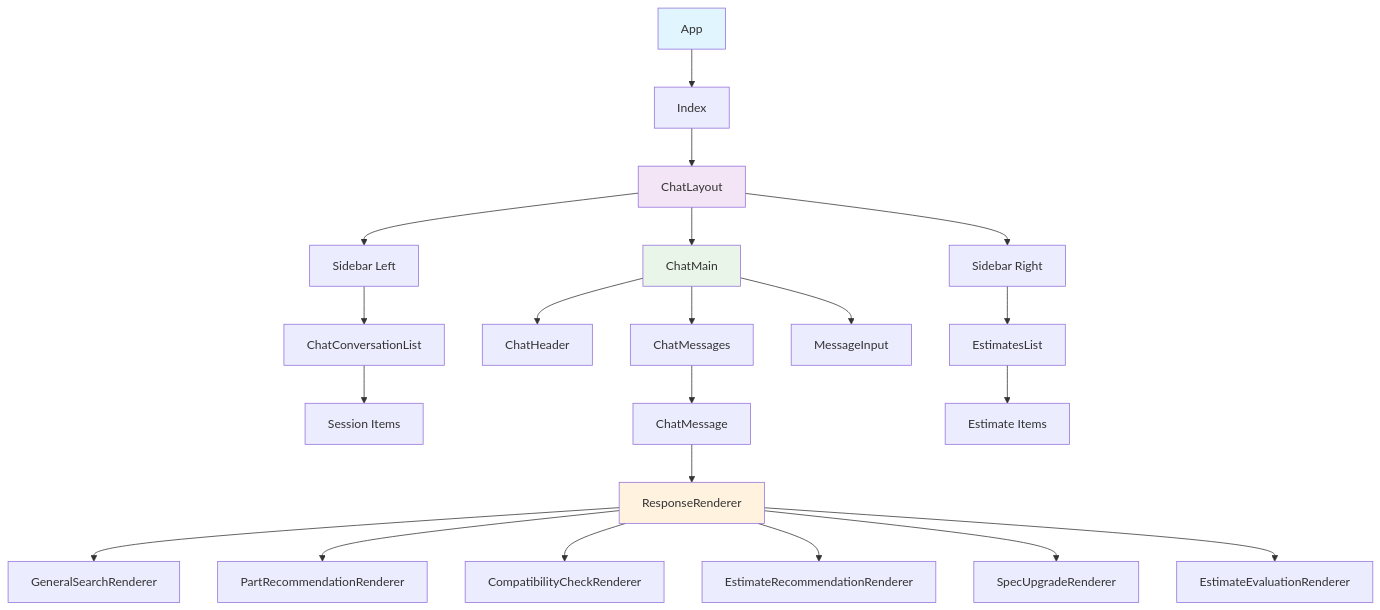
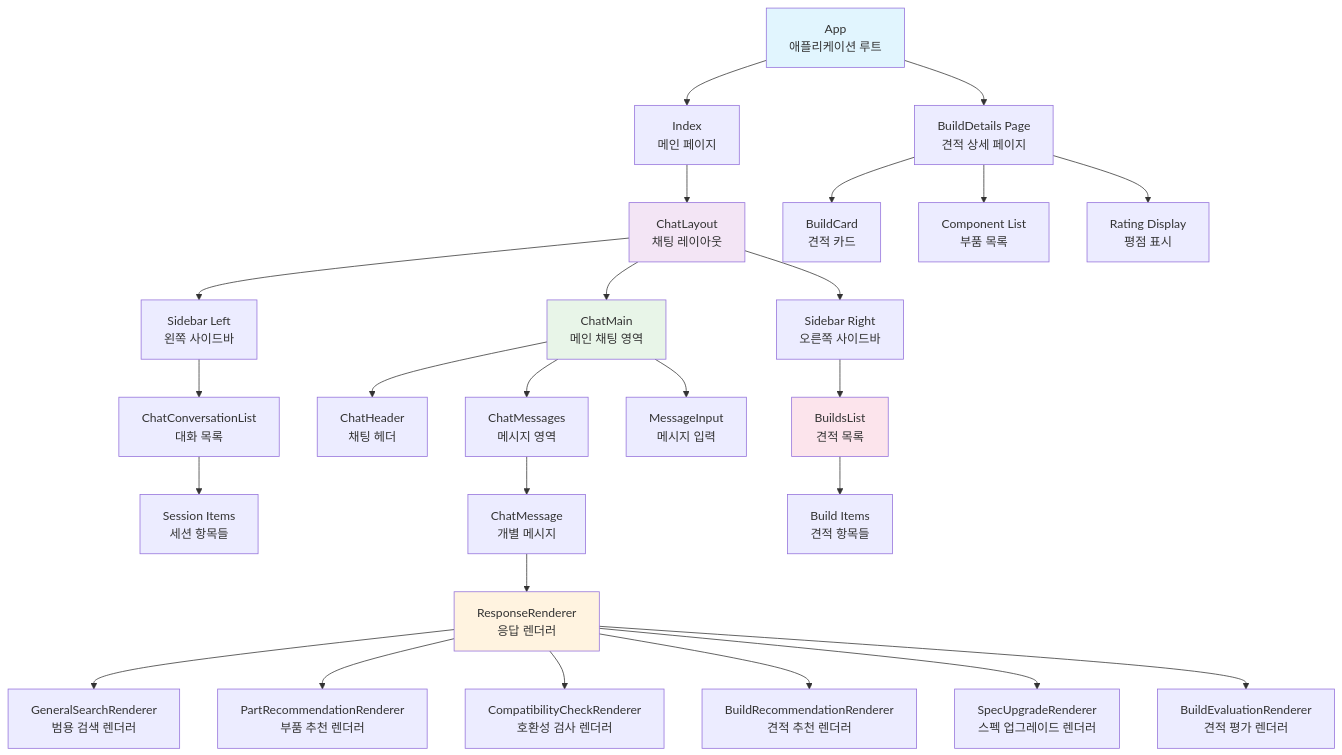
Before and after one commit to p0pular131/askspec-chat-assistant: the second of 19 diagrams in docs/design-specification.md, drawn with Mermaid. The commit also changed other lines of this file, not shown here.

First line of the commit message:
Fix: Improve design spec diagrams and add estimate features

````diff
--- a/docs/design-specification.md
+++ b/docs/design-specification.md
@@ -77,34 +111,41 @@
 ```mermaid
 graph TD
-    A[App] --> B[Index]
-    B --> C[ChatLayout]
+    App[App<br/>애플리케이션 루트] --> Index[Index<br/>메인 페이지]
+    App --> BuildDetailsPage[BuildDetails Page<br/>견적 상세 페이지]
     
-    C --> D[Sidebar Left]
-    C --> E[ChatMain]
-    C --> F[Sidebar Right]
+    Index --> ChatLayout[ChatLayout<br/>채팅 레이아웃]
     
-    D --> G[ChatConversationList]
-    G --> H[Session Items]
+    ChatLayout --> SidebarLeft[Sidebar Left<br/>왼쪽 사이드바]
+    ChatLayout --> ChatMainArea[ChatMain<br/>메인 채팅 영역]
+    ChatLayout --> SidebarRight[Sidebar Right<br/>오른쪽 사이드바]
     
-    E --> I[ChatHeader]
-    E --> J[ChatMessages]
-    E --> K[MessageInput]
+    SidebarLeft --> ConversationList[ChatConversationList<br/>대화 목록]
+    ConversationList --> SessionItem[Session Items<br/>세션 항목들]
     
-    J --> L[ChatMessage]
-    L --> M[ResponseRenderer]
+    ChatMainArea --> ChatHeader[ChatHeader<br/>채팅 헤더]
+    ChatMainArea --> ChatMessages[ChatMessages<br/>메시지 영역]
+    ChatMainArea --> MessageInput[MessageInput<br/>메시지 입력]
     
-    M --> N[GeneralSearchRenderer]
-    M --> O[PartRecommendationRenderer]
-    M --> P[CompatibilityCheckRenderer]
-    M --> Q[EstimateRecommendationRenderer]
-    M --> R[SpecUpgradeRenderer]
-    M --> S[EstimateEvaluationRenderer]
+    ChatMessages --> ChatMessage[ChatMessage<br/>개별 메시지]
+    ChatMessage --> ResponseRenderer[ResponseRenderer<br/>응답 렌더러]
     
-    F --> T[EstimatesList]
-    T --> U[Estimate Items]
+    ResponseRenderer --> GeneralSearch[GeneralSearchRenderer<br/>범용 검색 렌더러]
+    ResponseRenderer --> PartRecommendation[PartRecommendationRenderer<br/>부품 추천 렌더러]
+    ResponseRenderer --> CompatibilityCheck[CompatibilityCheckRenderer<br/>호환성 검사 렌더러]
+    ResponseRenderer --> BuildRecommendation[BuildRecommendationRenderer<br/>견적 추천 렌더러]
+    ResponseRenderer --> SpecUpgrade[SpecUpgradeRenderer<br/>스펙 업그레이드 렌더러]
+    ResponseRenderer --> BuildEvaluation[BuildEvaluationRenderer<br/>견적 평가 렌더러]
     
-    style A fill:#e1f5fe
-    style C fill:#f3e5f5
-    style E fill:#e8f5e8
-    style M fill:#fff3e0
+    SidebarRight --> BuildsList[BuildsList<br/>견적 목록]
+    BuildsList --> BuildItem[Build Items<br/>견적 항목들]
+    
+    BuildDetailsPage --> BuildCard[BuildCard<br/>견적 카드]
+    BuildDetailsPage --> ComponentList[Component List<br/>부품 목록]
+    BuildDetailsPage --> RatingDisplay[Rating Display<br/>평점 표시]
+    
+    style App fill:#e1f5fe
+    style ChatLayout fill:#f3e5f5
+    style ChatMainArea fill:#e8f5e8
+    style ResponseRenderer fill:#fff3e0
+    style BuildsList fill:#fce4ec
 ```
````
